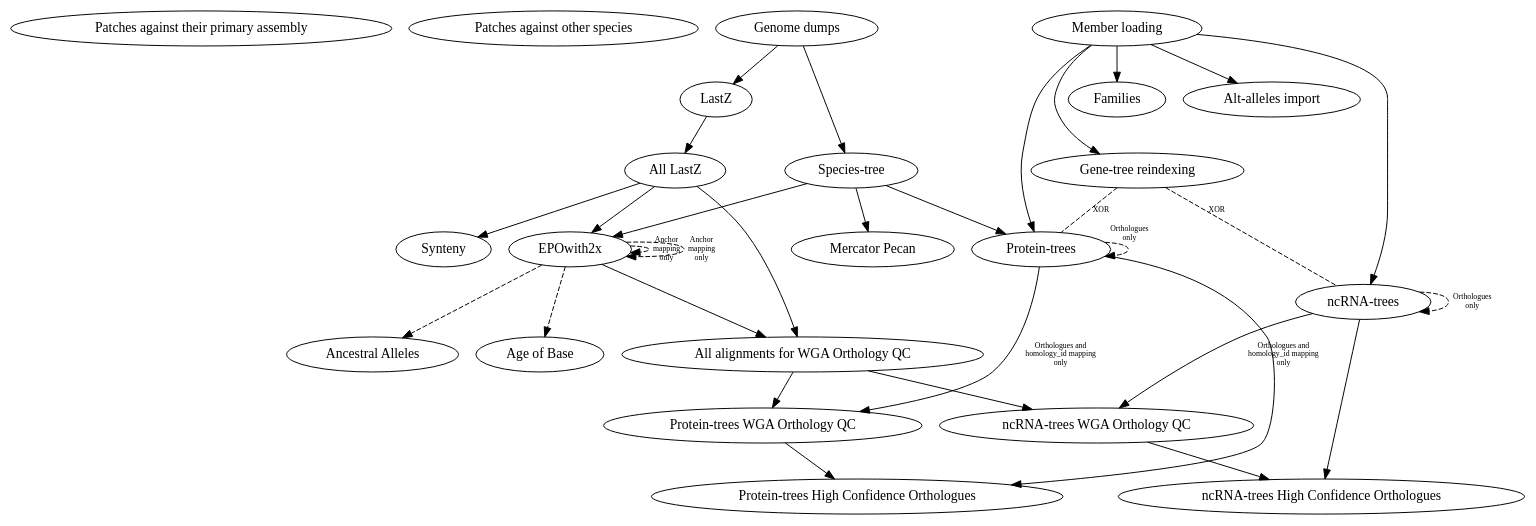
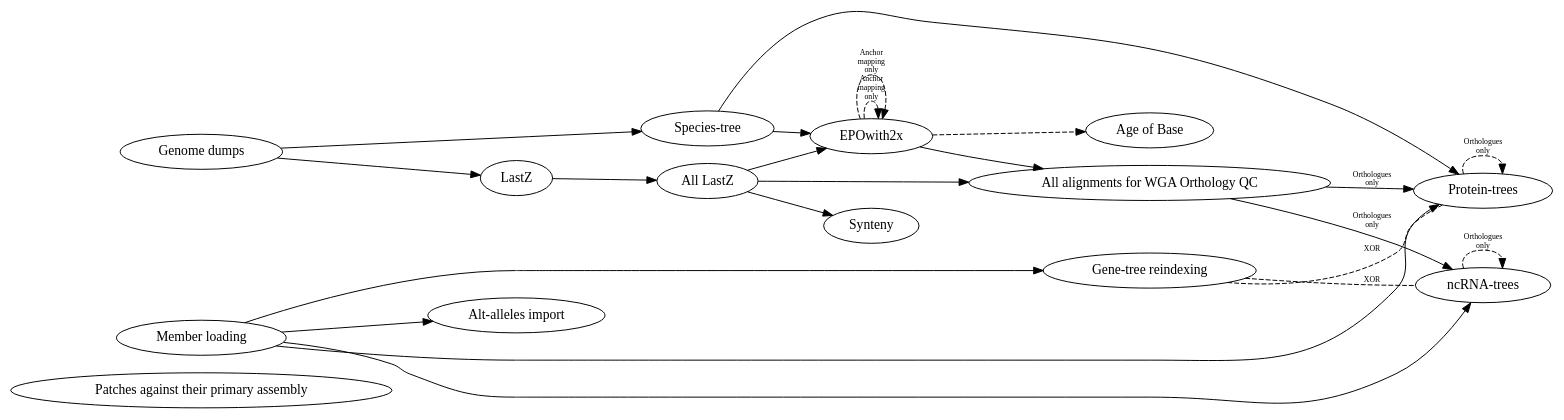
One commit to Ensembl/ensembl-compara changed the diagram in scripts/jira_tickets/compara_merged.dot. Above: the diagram before and after it, drawn with Graphviz.

Commit message:
updated dependency graph

```diff
--- a/scripts/jira_tickets/compara_merged.dot
+++ b/scripts/jira_tickets/compara_merged.dot
@@ -1,27 +1,24 @@
 digraph {
+    rankdir=LR;  # Left-to-right graph instead of top-to-bottom
     "Patches against their primary assembly";
-    "Patches against other species";
 
     "Genome dumps" -> { "Species-tree", "LastZ" };
-    "Species-tree" -> { "EPOwith2x", "Mercator Pecan", "Protein-trees" };
+    "Species-tree" -> { "EPOwith2x", "Protein-trees" };
     "All LastZ" -> "EPOwith2x";
-    "Member loading" -> { "Protein-trees", "ncRNA-trees", "Families", "Gene-tree reindexing", "Alt-alleles import" };
-    "Protein-trees" -> "Protein-trees WGA Orthology QC" [fontsize="8", label="Orthologues and\nhomology_id mapping\nonly"];
-    "ncRNA-trees" -> "ncRNA-trees WGA Orthology QC" [fontsize="8", label="Orthologues and\nhomology_id mapping\nonly"];
-    {"All LastZ", "EPOwith2x"} -> "All alignments for WGA Orthology QC" -> {"Protein-trees WGA Orthology QC", "ncRNA-trees WGA Orthology QC"};
-    {"Protein-trees", "Protein-trees WGA Orthology QC"} -> "Protein-trees High Confidence Orthologues";
-    {"ncRNA-trees", "ncRNA-trees WGA Orthology QC"} -> "ncRNA-trees High Confidence Orthologues";
+    "Member loading" -> { "Protein-trees", "ncRNA-trees", "Gene-tree reindexing", "Alt-alleles import" };
+    {"All LastZ", "EPOwith2x"} -> "All alignments for WGA Orthology QC";
+    "All alignments for WGA Orthology QC" -> "Protein-trees" [fontsize="8", label="Orthologues\nonly"];
+    "All alignments for WGA Orthology QC" -> "ncRNA-trees" [fontsize="8", label="Orthologues\nonly"];
     "LastZ" -> "All LastZ" -> "Synteny";
 
     "Gene-tree reindexing" -> "ncRNA-trees" [style="dashed", dir=none, fontsize="8", label="XOR"];
     "Gene-tree reindexing" -> "Protein-trees" [style="dashed", dir=none, fontsize="8", label="XOR"];
     "EPOwith2x" -> "EPOwith2x" [style="dashed", fontsize="8", label="Anchor\nmapping\nonly", headport="Primates:e", tailport="Mammals:e"];
     "EPOwith2x" -> "EPOwith2x" [style="dashed", fontsize="8", label="Anchor\nmapping\nonly", headport="Pigs:e", tailport="Mammals:e"];
-    "EPOwith2x" -> "Age of Base" [style="dashed", headport="Human:e", tailport="Mammals:w"];
-    "EPOwith2x" -> "Ancestral Alleles" [style="dashed", headport="Vertebrates:w", tailport="Primates:w"];
-    "Protein-trees" -> "Protein-trees" [style="dashed", fontsize="8", xlabel="Orthologues\nonly", headport="Murinae:w", tailport="Default vertebrates:w"];
+    "EPOwith2x" -> "Age of Base" [style="dashed", headport="Human:w", tailport="Mammals:e"];
+    "Protein-trees" -> "Protein-trees" [style="dashed", fontsize="8", label="Orthologues\nonly", headport="Murinae:e", tailport="Default vertebrates:e"];
     "ncRNA-trees" -> "ncRNA-trees" [style="dashed", fontsize="8", label="Orthologues\nonly", headport="Murinae:e", tailport="Default vertebrates:e"];
 
     // Helps laying out the graph
     {rank = same; "Genome dumps"; "Member loading"; }
 }
```
